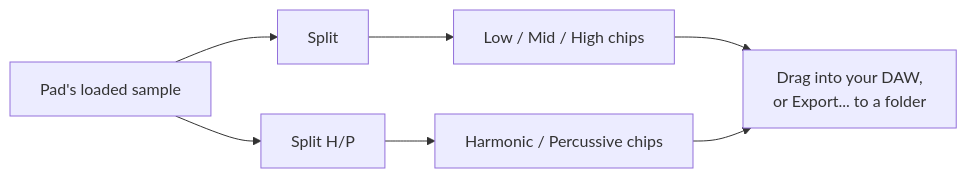
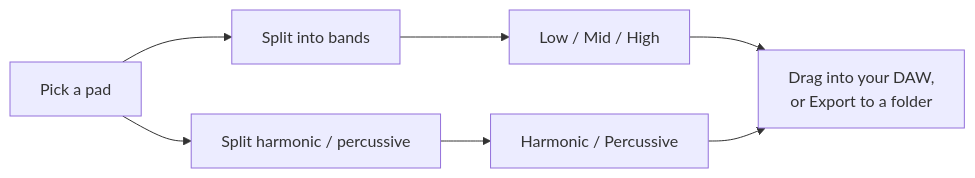
The diagram in docs/usage/modules/stems/stems-tab.md (edensfrequency/boom-bap-producer-pads), drawn with Mermaid before and after one commit. The commit also changed other lines of this file and 26 other files, not shown here.

````diff
--- a/docs/usage/modules/stems/stems-tab.md
+++ b/docs/usage/modules/stems/stems-tab.md
@@ -48,7 +75,8 @@
 ```mermaid
 flowchart LR
-    A["Pad's loaded sample"] --> B["Split"] --> C["Low / Mid / High chips"]
-    A --> D["Split H/P"] --> E["Harmonic / Percussive chips"]
-    C --> F["Drag into your DAW,\nor Export... to a folder"]
+    A["Pick a pad"] --> B["Split into bands"] --> C["Low / Mid / High"]
+    A --> D["Split harmonic / percussive"] --> E["Harmonic / Percussive"]
+    C --> F["Drag into your DAW,
+or Export to a folder"]
     E --> F
 ```
````
